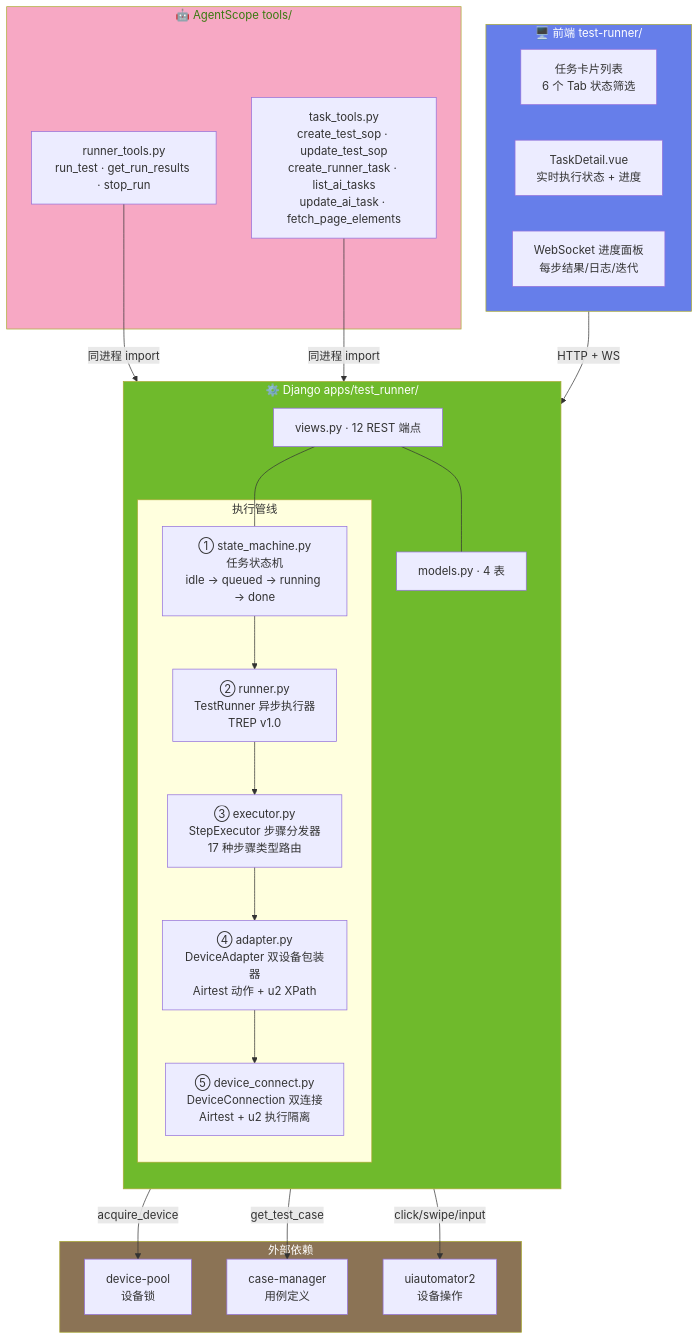
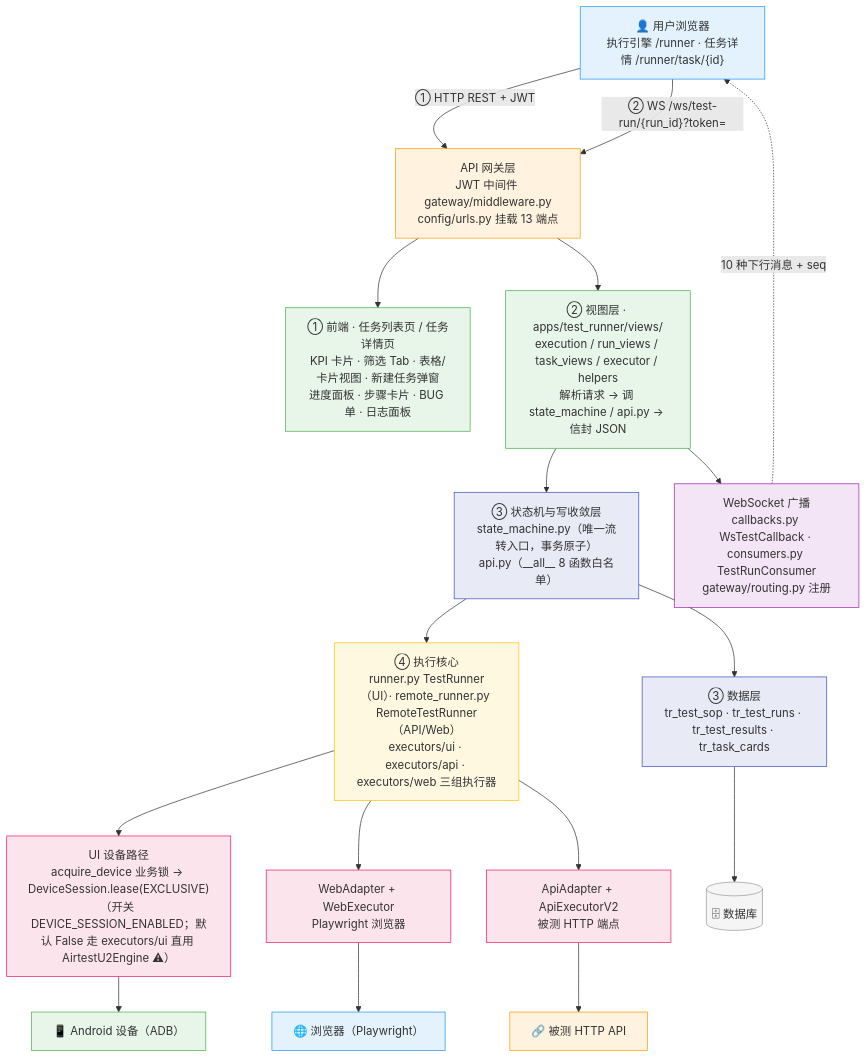
Before and after one commit to Kahoku-lazy/Android-AutoTests: the first of 6 diagrams in dev_docs/03-设计与架构/ARCH-06-执行引擎.md, drawn with Mermaid. The commit also changed other lines of this file and 53 other files, not shown here.

````diff
--- a/dev_docs/03-设计与架构/ARCH-06-执行引擎.md
+++ b/dev_docs/03-设计与架构/ARCH-06-执行引擎.md
@@ -22,51 +39,45 @@
 ```mermaid
-flowchart TB
-    subgraph Frontend_TR["🖥️ 前端 test-runner/"]
-        TaskCards["任务卡片列表<br/>6 个 Tab 状态筛选"]
-        TaskDetail["TaskDetail.vue<br/>实时执行状态 + 进度"]
-        Progress["WebSocket 进度面板<br/>每步结果/日志/迭代"]
-    end
+flowchart TD
+    U["👤 用户浏览器<br/>执行引擎 /runner · 任务详情 /runner/task/{id}"]
 
-    subgraph Django_TR["⚙️ Django apps/test_runner/"]
-        direction TB
-        
-        Views["views.py · 12 REST 端点"]
-        
-        subgraph Pipeline["执行管线"]
-            SM["① state_machine.py<br/>任务状态机<br/>idle → queued → running → done"]
-            Runner["② runner.py<br/>TestRunner 异步执行器<br/>TREP v1.0"]
-            Executor["③ executor.py<br/>StepExecutor 步骤分发器<br/>17 种步骤类型路由"]
-            Adapter["④ adapter.py<br/>DeviceAdapter 双设备包装器<br/>Airtest 动作 + u2 XPath"]
-            DC["⑤ device_connect.py<br/>DeviceConnection 双连接<br/>Airtest + u2 执行隔离"]
-            
-            SM --> Runner --> Executor --> Adapter --> DC
-        end
-        
-        Models["models.py · 4 表"]
-        Views --- SM
-        Views --- Models
-    end
+    U -->|"① HTTP REST + JWT"| GATEWAY["API 网关层<br/>JWT 中间件 gateway/middleware.py<br/>config/urls.py 挂载 13 端点"]
+    U -->|"② WS /ws/test-run/{run_id}?token="| GATEWAY
 
-    subgraph AgentScope_TR["🤖 AgentScope tools/"]
-        RunnerTools["runner_tools.py<br/>run_test · get_run_results · stop_run"]
-        TaskTools["task_tools.py<br/>create_test_sop · update_test_sop<br/>create_runner_task · list_ai_tasks<br/>update_ai_task · fetch_page_elements"]
-    end
+    GATEWAY --> V["① 前端 · 任务列表页 / 任务详情页<br/>KPI 卡片 · 筛选 Tab · 表格/卡片视图 · 新建任务弹窗<br/>进度面板 · 步骤卡片 · BUG 单 · 日志面板"]
 
-    subgraph External_TR["外部依赖"]
-        DP["device-pool<br/>设备锁"]
-        CM["case-manager<br/>用例定义"]
-        U2["uiautomator2<br/>设备操作"]
-    end
+    GATEWAY --> VW["② 视图层 · apps/test_runner/views/<br/>execution / run_views / task_views / executor / helpers<br/>解析请求 → 调 state_machine / api.py → 信封 JSON"]
 
-    Frontend_TR -->|"HTTP + WS"| Views
-    RunnerTools -->|"同进程 import"| Views
-    TaskTools -->|"同进程 import"| Views
-    Runner -->|"acquire_device"| DP
-    Runner -->|"get_test_case"| CM
-    Adapter -->|"click/swipe/input"| U2
+    VW --> SM["③ 状态机与写收敛层<br/>state_machine.py（唯一流转入口，事务原子）<br/>api.py（__all__ 8 函数白名单）"]
 
-    style Frontend_TR fill:#667eea,color:#fff
-    style Django_TR fill:#6fba2c,color:#fff
-    style AgentScope_TR fill:#f7a8c4,color:#3a7a10
-    style External_TR fill:#8b7355,color:#fff
+    SM --> EXE["④ 执行核心<br/>runner.py TestRunner（UI）· remote_runner.py RemoteTestRunner（API/Web）<br/>executors/ui · executors/api · executors/web 三组执行器"]
+
+    EXE --> A1["UI 设备路径<br/>acquire_device 业务锁 → DeviceSession.lease(EXCLUSIVE)<br/>（开关 DEVICE_SESSION_ENABLED；默认 False 走 executors/ui 直用 AirtestU2Engine ⚠）"]
+    EXE --> A2["WebAdapter + WebExecutor<br/>Playwright 浏览器"]
+    EXE --> A3["ApiAdapter + ApiExecutorV2<br/>被测 HTTP 端点"]
+
+    VW --> CB["WebSocket 广播<br/>callbacks.py WsTestCallback · consumers.py TestRunConsumer<br/>gateway/routing.py 注册"]
+
+    SM --> M["③ 数据层<br/>tr_test_sop · tr_test_runs · tr_test_results · tr_task_cards"]
+
+    A1 --> T1["📱 Android 设备（ADB）"]
+    A2 --> T2["🌐 浏览器（Playwright）"]
+    A3 --> T3["🔗 被测 HTTP API"]
+    CB -.->|"10 种下行消息 + seq"| U
+    M --> DB[("🗄 数据库")]
+
+    style U fill:#e3f2fd,stroke:#2196f3
+    style GATEWAY fill:#fff3e0,stroke:#ff9800
+    style V fill:#e8f5e9,stroke:#4caf50
+    style VW fill:#e8f5e9,stroke:#4caf50
+    style SM fill:#e8eaf6,stroke:#3f51b5
+    style EXE fill:#fff8e1,stroke:#ffc107
+    style CB fill:#f3e5f5,stroke:#9c27b0
+    style M fill:#e8eaf6,stroke:#3f51b5
+    style A1 fill:#fce4ec,stroke:#e91e63
+    style A2 fill:#fce4ec,stroke:#e91e63
+    style A3 fill:#fce4ec,stroke:#e91e63
+    style T1 fill:#e8f5e9,stroke:#4caf50
+    style T2 fill:#e3f2fd,stroke:#2196f3
+    style T3 fill:#fff3e0,stroke:#ff9800
+    style DB fill:#f5f5f5,stroke:#999
 ```
````
